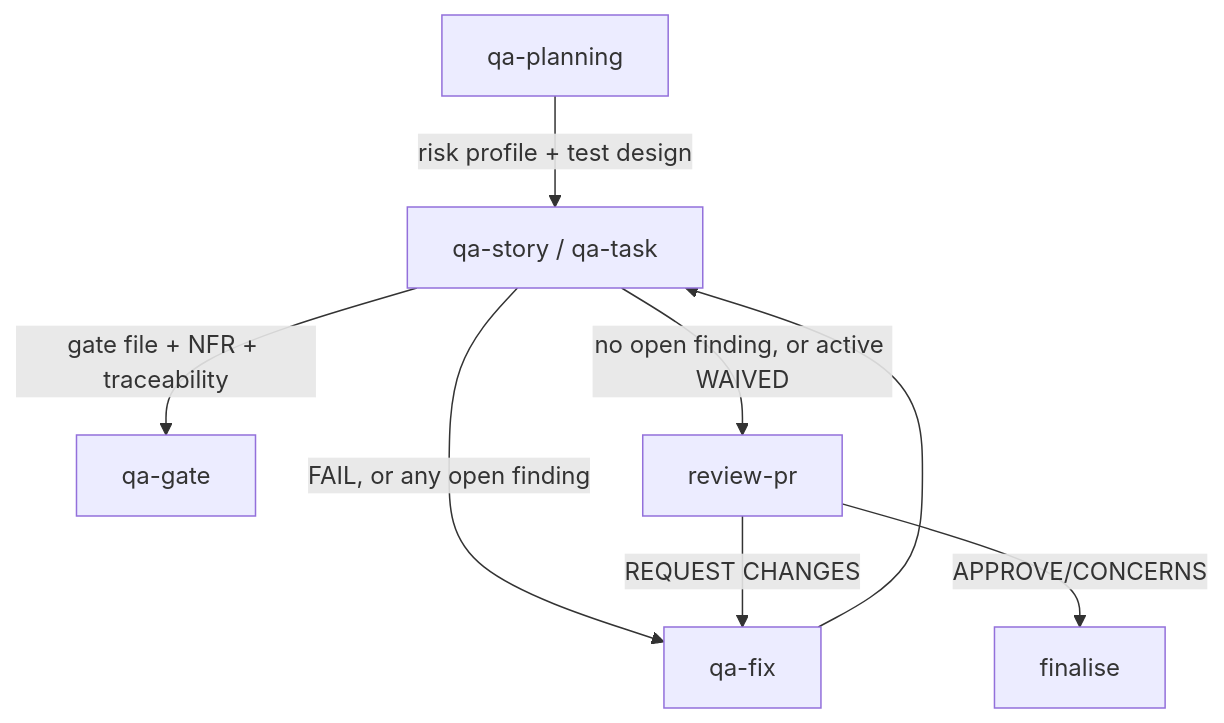
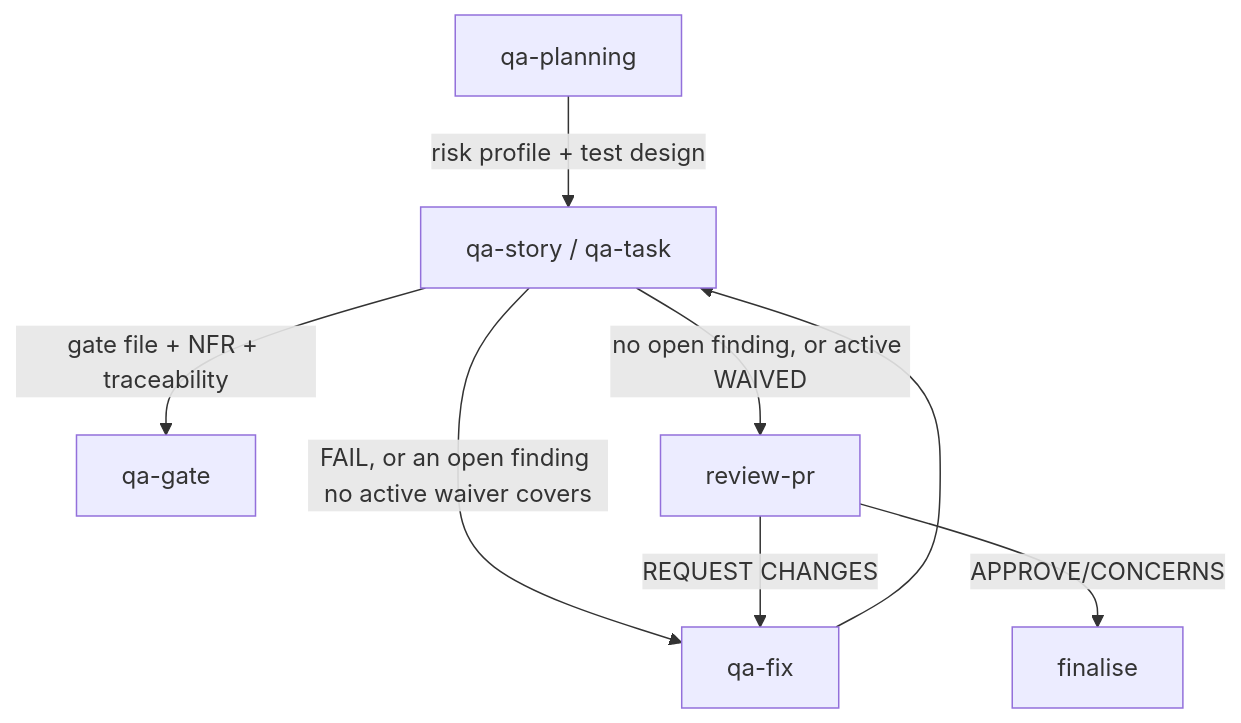
One commit to Gamaroff/agent-skills changed the diagram in docs/runbooks/qa-flow.md. Above: the diagram before and after it, drawn with Mermaid. The commit also changed other lines of this file and 5 other files, not shown here.

First line of the commit message:
fix(task.116): qa-flow runbook routes on the queue, not the verdict token

````diff
--- a/docs/runbooks/qa-flow.md
+++ b/docs/runbooks/qa-flow.md
@@ -17,10 +17,10 @@
 ```mermaid
 flowchart TD
     A[qa-planning] -->|risk profile + test design| B[qa-story / qa-task]
     B -->|gate file + NFR + traceability| C[qa-gate]
-    B -->|FAIL, or any open finding| D[qa-fix]
+    B -->|FAIL, or an open finding no active waiver covers| D[qa-fix]
     D --> B
     B -->|no open finding, or active WAIVED| E[review-pr]
     E -->|REQUEST CHANGES| D
     E -->|APPROVE/CONCERNS| F[finalise]
 ```
````
